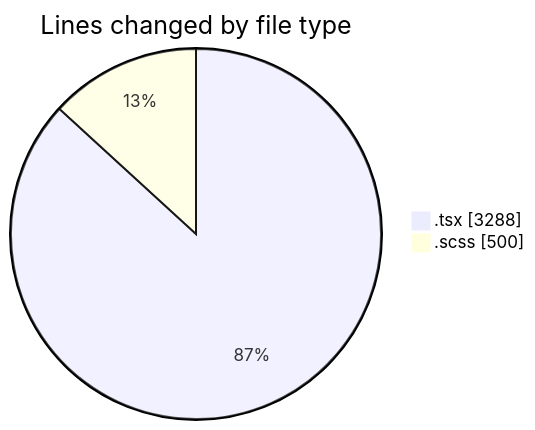
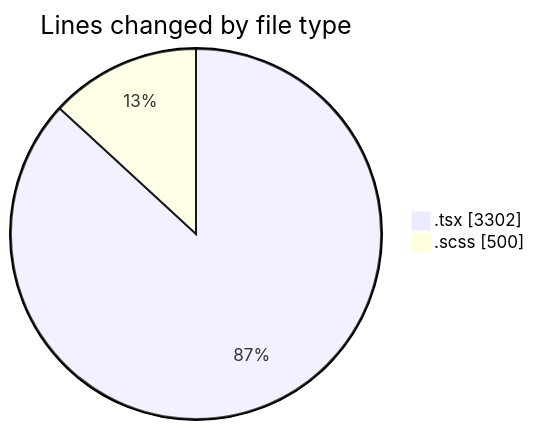
The first of 2 diagrams in 2025-04-10/cda/README.md (momahboobian/code-tracking), drawn with Mermaid before and after one commit. The commit also changed other lines of this file and 1 other file, not shown here.

````diff
--- a/2025-04-10/cda/README.md
+++ b/2025-04-10/cda/README.md
@@ -26,6 +26,6 @@
 ```mermaid
 pie showData
 title Lines changed by file type
-".tsx" : 3288
+".tsx" : 3302
 ".scss" : 500
 ```
````
